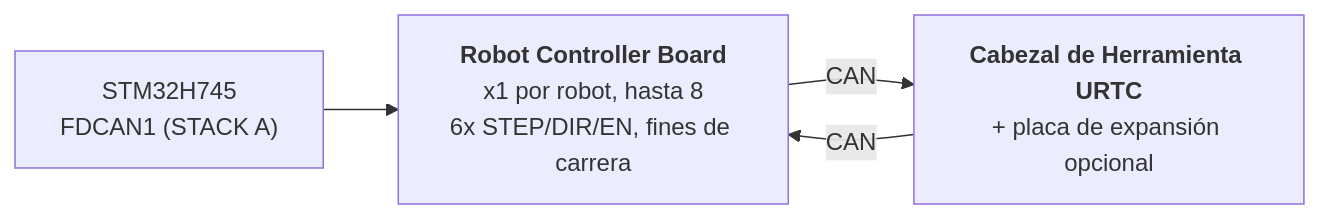
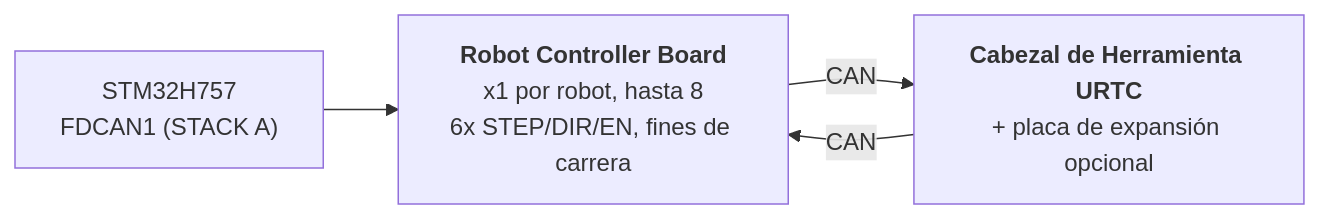
One commit to JuanenRac/HYDRA-UMC changed the second of 2 diagrams in docs/HARDWARE_SPECIFICATION_spa.md. Above: the diagram before and after it, drawn with Mermaid. The commit also changed other lines of this file and 41 other files, not shown here.

````diff
--- a/docs/HARDWARE_SPECIFICATION_spa.md
+++ b/docs/HARDWARE_SPECIFICATION_spa.md
@@ -145,6 +145,6 @@
 ```mermaid
 flowchart LR
-    MCU["STM32H745<br/>FDCAN1 (STACK A)"] --> RCB["<b>Robot Controller Board</b><br/>x1 por robot, hasta 8<br/>6x STEP/DIR/EN, fines de carrera"]
+    MCU["STM32H757<br/>FDCAN1 (STACK A)"] --> RCB["<b>Robot Controller Board</b><br/>x1 por robot, hasta 8<br/>6x STEP/DIR/EN, fines de carrera"]
     RCB -- CAN --> URTC["<b>Cabezal de Herramienta URTC</b><br/>+ placa de expansión opcional"]
     URTC -- CAN --> RCB
 ```
````
